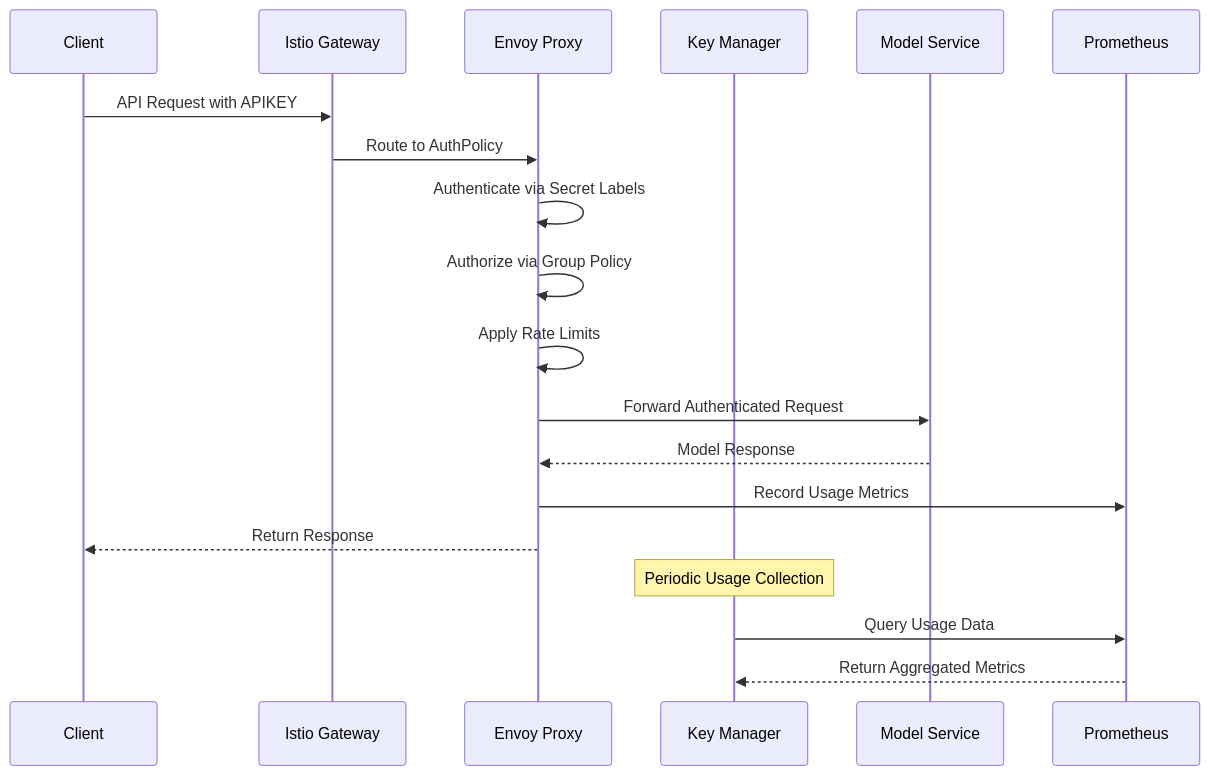
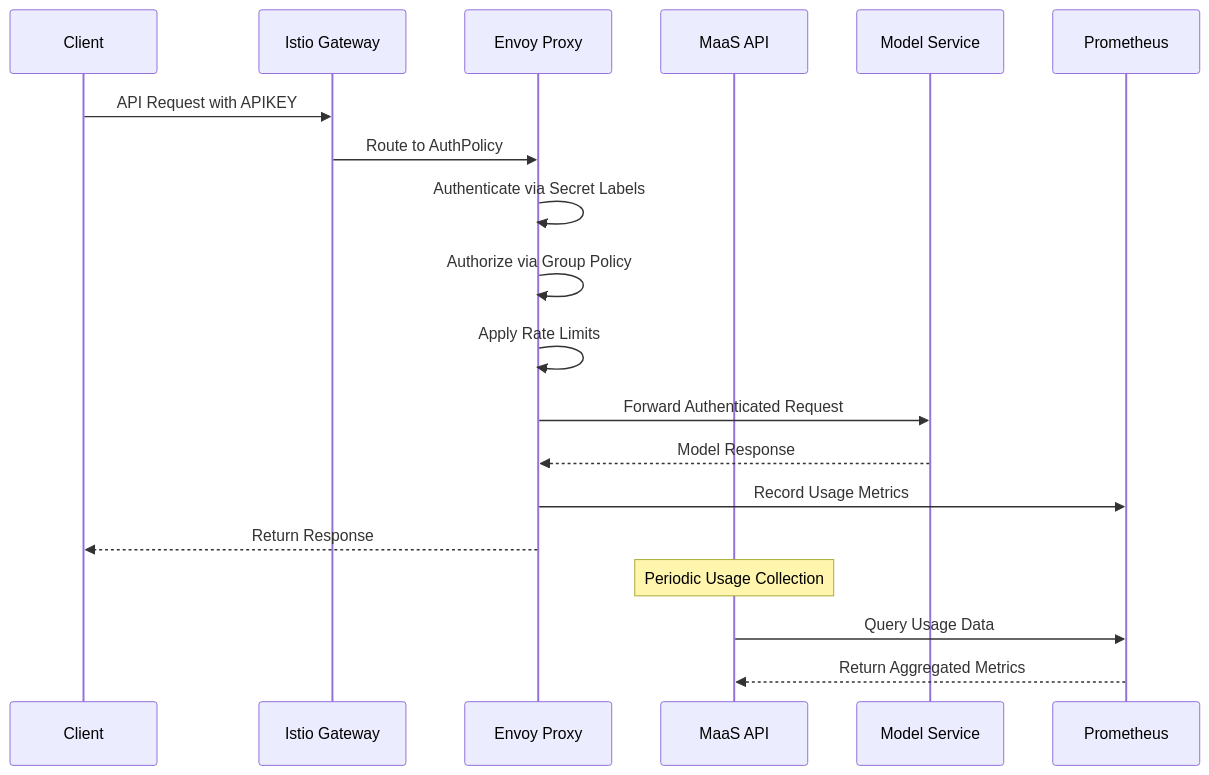
One commit to opendatahub-io/maas-billing changed the second of 2 diagrams in maas-api/architecture.md. Above: the diagram before and after it, drawn with Mermaid. The commit also changed other lines of this file and 3 other files, not shown here.

Commit message:
Rename key-manager to maas-api: maas-api additional replacements

````diff
--- a/maas-api/architecture.md
+++ b/maas-api/architecture.md
@@ -226,23 +226,23 @@
 ```mermaid
 sequenceDiagram
     participant Client
     participant Gateway as Istio Gateway
     participant Envoy as Envoy Proxy
-    participant KM as Key Manager
+    participant KM as MaaS API
     participant KServe as Model Service
     participant Metrics as Prometheus
 
     Client->>Gateway: API Request with APIKEY
     Gateway->>Envoy: Route to AuthPolicy
     Envoy->>Envoy: Authenticate via Secret Labels
     Envoy->>Envoy: Authorize via Group Policy
     Envoy->>Envoy: Apply Rate Limits
     Envoy->>KServe: Forward Authenticated Request
     KServe-->>Envoy: Model Response
     Envoy->>Metrics: Record Usage Metrics
     Envoy-->>Client: Return Response
 
     Note over KM: Periodic Usage Collection
     KM->>Metrics: Query Usage Data
     Metrics-->>KM: Return Aggregated Metrics
 ```
````
